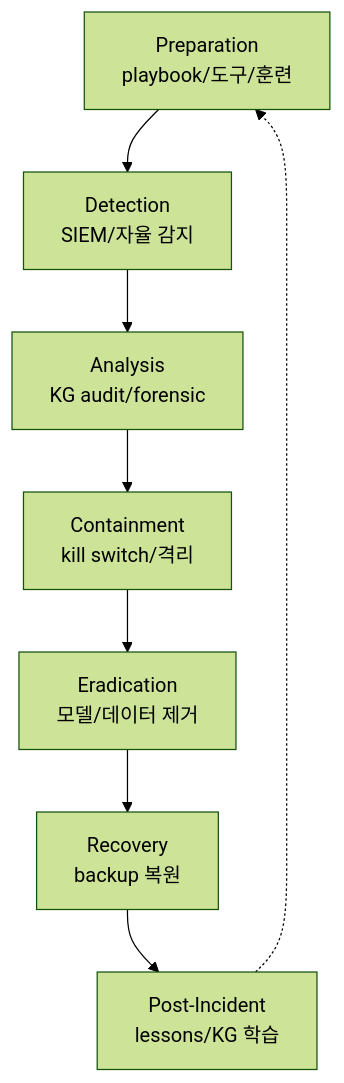
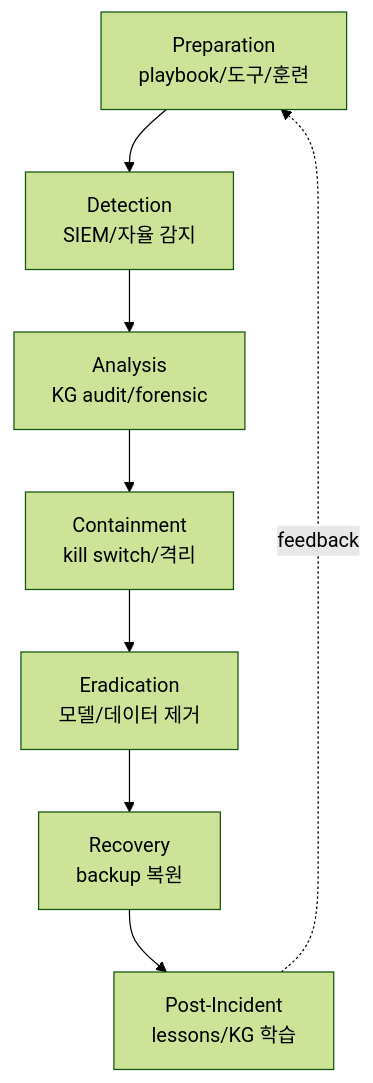
One commit to mrgrit/ccc changed the first of 2 diagrams in contents/standalone/lecture/aisec/week13.md. Above: the diagram before and after it, drawn with Mermaid (forest theme). The commit also changed other lines of this file and 1 other file, not shown here.

````diff
--- a/contents/standalone/lecture/aisec/week13.md
+++ b/contents/standalone/lecture/aisec/week13.md
@@ -75,18 +121,18 @@
 ```mermaid
 flowchart TB
     PREP[Preparation<br/>playbook/도구/훈련]
     DETECT[Detection<br/>SIEM/자율 감지]
     ANALYZE[Analysis<br/>KG audit/forensic]
     CONTAIN[Containment<br/>kill switch/격리]
     ERADICATE[Eradication<br/>모델/데이터 제거]
     RECOVER[Recovery<br/>backup 복원]
     POST[Post-Incident<br/>lessons/KG 학습]
 
     PREP --> DETECT
     DETECT --> ANALYZE
     ANALYZE --> CONTAIN
     CONTAIN --> ERADICATE
     ERADICATE --> RECOVER
     RECOVER --> POST
-    POST -.-> PREP
+    POST -.feedback.-> PREP
 ```
````
